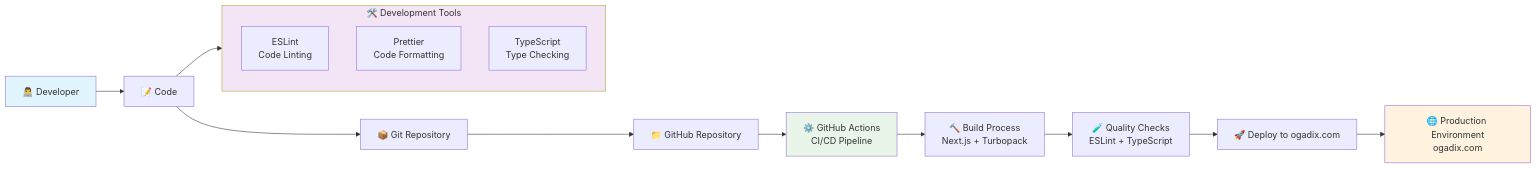
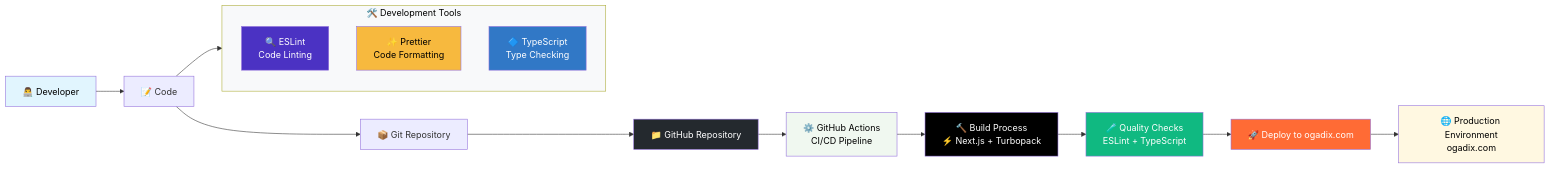
Before and after one commit to Gaku52/dev-elite-academy: the second of 2 diagrams in README.md, drawn with Mermaid. The commit also changed other lines of this file, not shown here.

First line of the commit message:
fix: 技術スタック図解の視認性を改善

````diff
--- a/README.md
+++ b/README.md
@@ -67,27 +77,34 @@
 ```mermaid
 graph LR
     Dev[👨‍💻 Developer] --> Code[📝 Code]
     Code --> Git[📦 Git Repository]
 
     subgraph Development[🛠️ Development Tools]
-        ESLint[ESLint<br/>Code Linting]
-        Prettier[Prettier<br/>Code Formatting]
-        TypeScript[TypeScript<br/>Type Checking]
+        ESLint[🔍 ESLint<br/>Code Linting]
+        Prettier[✨ Prettier<br/>Code Formatting]
+        TypeScript[🔷 TypeScript<br/>Type Checking]
     end
 
     Code --> Development
 
     Git --> GitHub[📁 GitHub Repository]
     GitHub --> Actions[⚙️ GitHub Actions<br/>CI/CD Pipeline]
 
-    Actions --> Build[🔨 Build Process<br/>Next.js + Turbopack]
+    Actions --> Build[🔨 Build Process<br/>⚡ Next.js + Turbopack]
     Build --> Test[🧪 Quality Checks<br/>ESLint + TypeScript]
     Test --> Deploy[🚀 Deploy to ogadix.com]
 
     Deploy --> Production[🌐 Production Environment<br/>ogadix.com]
 
-    style Dev fill:#e1f5fe
-    style Development fill:#f3e5f5
-    style Actions fill:#e8f5e8
-    style Production fill:#fff3e0
+    style Dev fill:#e1f5fe,color:#000
+    style Development fill:#f8f9fa,color:#000
+    style Actions fill:#f0f8f0,color:#000
+    style Production fill:#fff8e1,color:#000
+    style ESLint fill:#4b32c3,color:#fff
+    style Prettier fill:#f7b93e,color:#000
+    style TypeScript fill:#3178c6,color:#fff
+    style GitHub fill:#24292e,color:#fff
+    style Build fill:#000000,color:#fff
+    style Test fill:#10b981,color:#fff
+    style Deploy fill:#ff6b35,color:#fff
 ```
````
